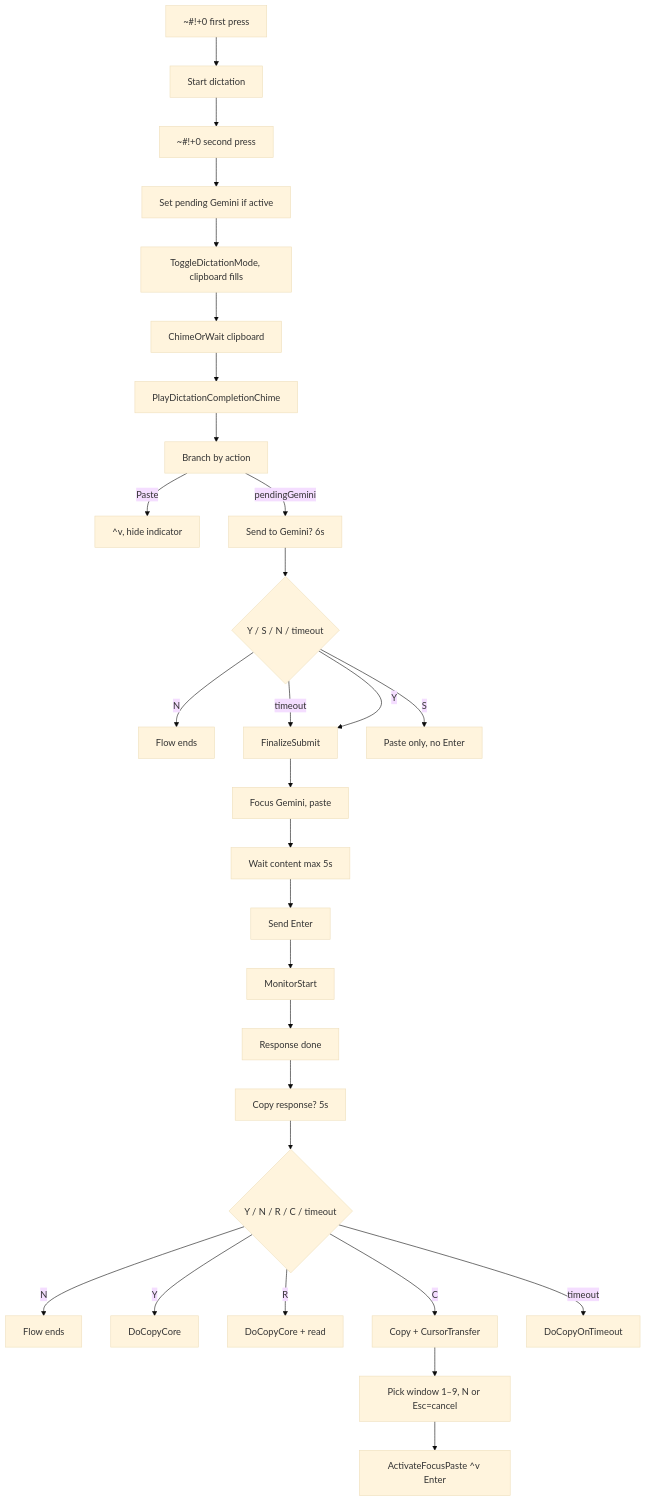
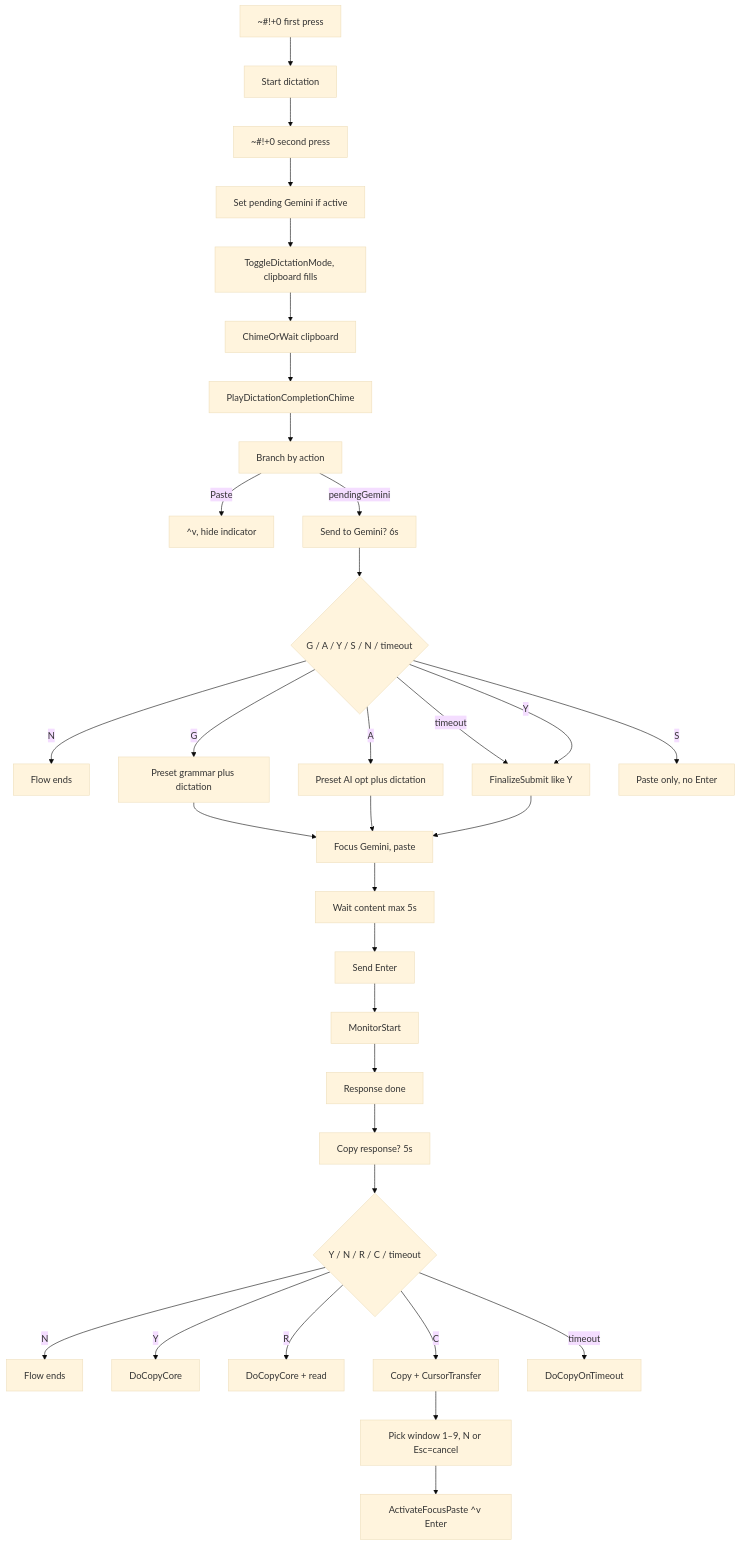
One commit to duducm2/scripts changed the first of 2 diagrams in docs/dictation-to-gemini-cursor-flow.md. Above: the diagram before and after it, drawn with Mermaid (base theme). The commit also changed other lines of this file and 3 other files, not shown here.

````diff
--- a/docs/dictation-to-gemini-cursor-flow.md
+++ b/docs/dictation-to-gemini-cursor-flow.md
@@ -17,33 +17,37 @@
 ```mermaid
 flowchart TB
     H0["~#!+0 first press"]
     H0 --> StartDict["Start dictation"]
     StartDict --> H0Stop["~#!+0 second press"]
     H0Stop --> SetPending["Set pending Gemini if active"]
     SetPending --> ToggleMode["ToggleDictationMode, clipboard fills"]
     ToggleMode --> WaitClip["ChimeOrWait clipboard"]
     WaitClip --> PlayChime["PlayDictationCompletionChime"]
     PlayChime --> Branch["Branch by action"]
     Branch --> |"Paste"| PasteOnly["^v, hide indicator"]
     Branch --> |"pendingGemini"| ShowAndWait["Send to Gemini? 6s"]
-    ShowAndWait --> User6s{"Y / S / N / timeout"}
+    ShowAndWait --> User6s{"G / A / Y / S / N / timeout"}
     User6s --> |"N"| Stop6s["Flow ends"]
-    User6s --> |"timeout"| Finalize["FinalizeSubmit"]
+    User6s --> |"timeout"| Finalize["FinalizeSubmit like Y"]
     User6s --> |"Y"| Finalize
+    User6s --> |"G"| FinalizePreset["Preset grammar plus dictation"]
+    User6s --> |"A"| FinalizeAiopt["Preset AI opt plus dictation"]
+    FinalizePreset --> PasteGemini
+    FinalizeAiopt --> PasteGemini
     User6s --> |"S"| PasteOnly6s["Paste only, no Enter"]
     Finalize --> PasteGemini["Focus Gemini, paste"]
     PasteGemini --> WaitContent["Wait content max 5s"]
     WaitContent --> SendEnter["Send Enter"]
     SendEnter --> StartMonitor["MonitorStart"]
     StartMonitor --> ResponseDone["Response done"]
     ResponseDone --> BannerCopy["Copy response? 5s"]
     BannerCopy --> UserCopy{"Y / N / R / C / timeout"}
     UserCopy --> |"N"| StopCopy["Flow ends"]
     UserCopy --> |"Y"| DoCopyOnly["DoCopyCore"]
     UserCopy --> |"R"| DoCopyRead["DoCopyCore + read"]
     UserCopy --> |"C"| DoTransfer["Copy + CursorTransfer"]
     UserCopy --> |"timeout"| DoCopyTimeout["DoCopyOnTimeout"]
 
     DoTransfer --> SelectWin["Pick window 1–9, N or Esc=cancel"]
     SelectWin --> ActivatePaste["ActivateFocusPaste ^v Enter"]
 ```
````
